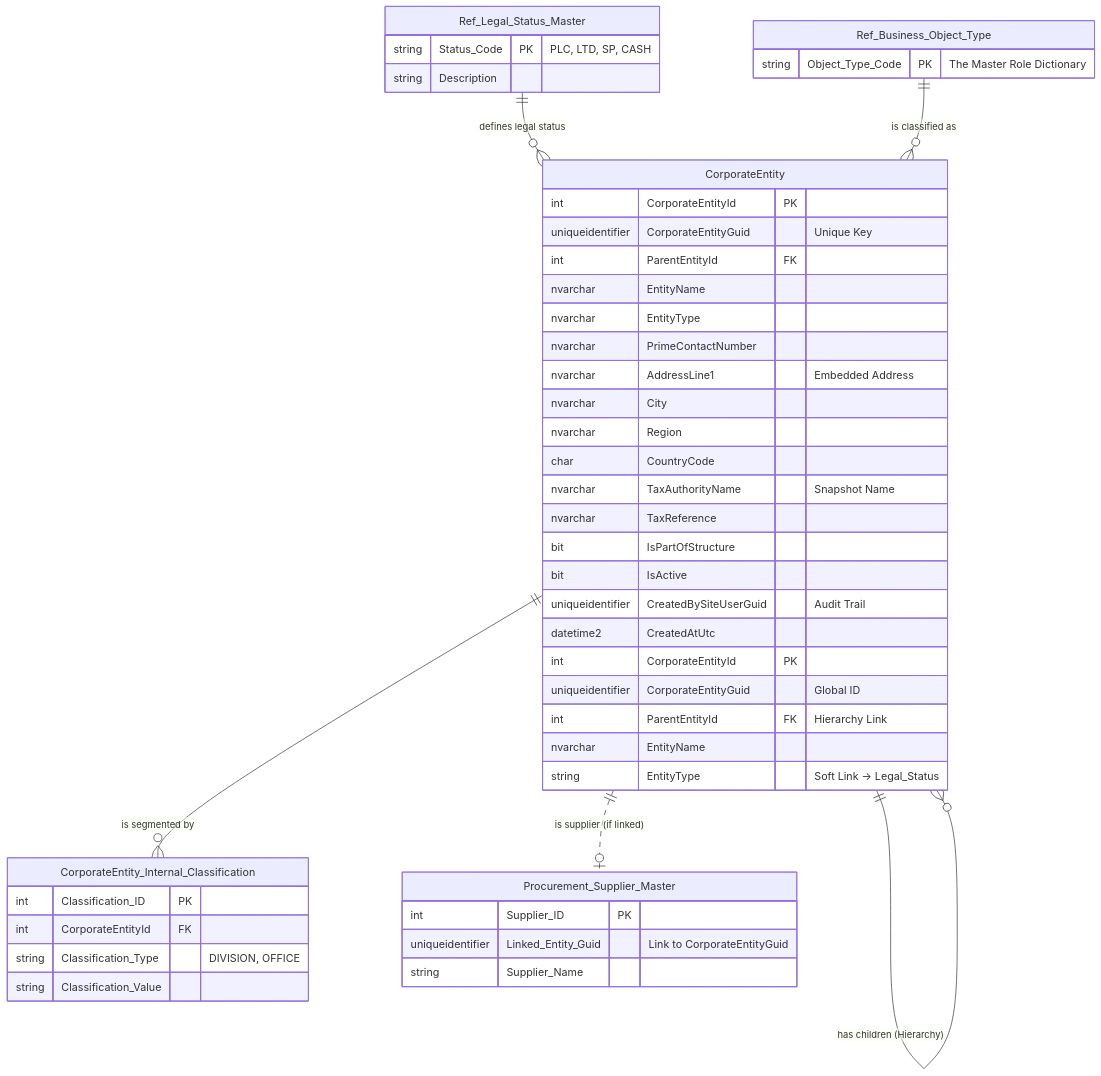
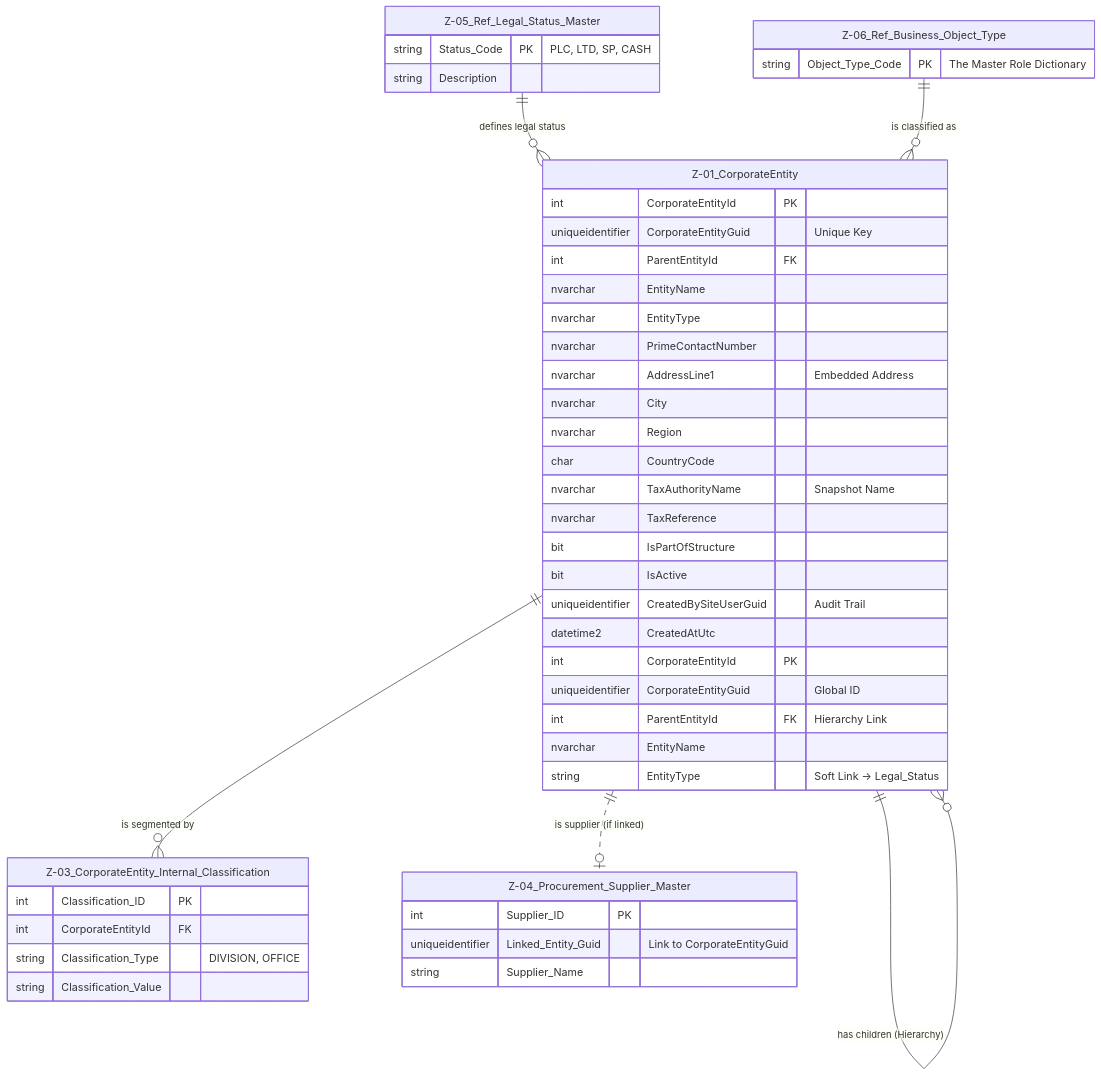
The diagram in 003 DETAILED SPECIFICATIONS IS09001/Z- Data Entites/Z-01 CorporateEntity.md (NeilWP/SUSTINA_CAB), drawn with Mermaid before and after one commit. The commit also changed 4 other files, not shown here.

````diff
--- a/003 DETAILED SPECIFICATIONS IS09001/Z- Data Entites/Z-01 CorporateEntity.md
+++ b/003 DETAILED SPECIFICATIONS IS09001/Z- Data Entites/Z-01 CorporateEntity.md
@@ -12,82 +12,81 @@
 ```mermaid
 erDiagram
     %% =======================================================
     %% THE CORE BUSINESS OBJECT
     %% =======================================================
-    CorporateEntity {
+    Z-01_CorporateEntity {
         int CorporateEntityId PK
         uniqueidentifier CorporateEntityGuid "Unique Key"
         int ParentEntityId FK
         nvarchar EntityName
         nvarchar EntityType
         nvarchar PrimeContactNumber
         nvarchar AddressLine1 "Embedded Address"
         nvarchar City
         nvarchar Region
         char CountryCode
         nvarchar TaxAuthorityName "Snapshot Name"
         nvarchar TaxReference
         bit IsPartOfStructure
         bit IsActive
         uniqueidentifier CreatedBySiteUserGuid "Audit Trail"
         datetime2 CreatedAtUtc
     }
 
     %% RELATIONSHIP: Recursive Hierarchy (Parent/Child)
-    %% The 'o{' end indicates that a single Parent (||) can have zero or more (o{) Children.
-    CorporateEntity ||--o{ CorporateEntity : "has children (Hierarchy)"
+    Z-01_CorporateEntity ||--o{ Z-01_CorporateEntity : "has children (Hierarchy)"
 
 
 
     %% =======================================================
     %% 1. THE CORE OBJECT (The Single Source)
     %% =======================================================
-    CorporateEntity {
+    Z-01_CorporateEntity {
         int CorporateEntityId PK
         uniqueidentifier CorporateEntityGuid "Global ID"
         int ParentEntityId FK "Hierarchy Link"
         nvarchar EntityName
         string EntityType "Soft Link -> Legal_Status"
     }
 
     %% =======================================================
     %% 2. NEW CLASSIFICATION STRUCTURES
     %% =======================================================
-    Ref_Legal_Status_Master {
+    Z-05_Ref_Legal_Status_Master {
         string Status_Code PK "PLC, LTD, SP, CASH"
         string Description
     }
 
-    CorporateEntity_Internal_Classification {
+    Z-03_CorporateEntity_Internal_Classification {
         int Classification_ID PK
         int CorporateEntityId FK
         string Classification_Type "DIVISION, OFFICE"
         string Classification_Value
     }
 
-    Ref_Business_Object_Type {
+    Z-06_Ref_Business_Object_Type {
         string Object_Type_Code PK "The Master Role Dictionary"
     }
     
-    Procurement_Supplier_Master {
+    Z-04_Procurement_Supplier_Master {
         int Supplier_ID PK
         uniqueidentifier Linked_Entity_Guid "Link to CorporateEntityGuid"
         string Supplier_Name
     }
 
     %% =======================================================
     %% RELATIONSHIPS (LOGICAL SOFT LINKS)
     %% =======================================================
 
     %% A. Internal Hierarchy & Segmentation
-    CorporateEntity ||--o{ CorporateEntity : "has children (Hierarchy)"
-    CorporateEntity ||--o{ CorporateEntity_Internal_Classification : "is segmented by"
+    Z-01_CorporateEntity ||--o{ Z-01_CorporateEntity : "has children (Hierarchy)"
+    Z-01_CorporateEntity ||--o{ Z-03_CorporateEntity_Internal_Classification : "is segmented by"
 
     %% B. External Identity & Legal Status
-    Ref_Legal_Status_Master ||--o{ CorporateEntity : "defines legal status"
-    Ref_Business_Object_Type ||--o{ CorporateEntity : "is classified as"
+    Z-05_Ref_Legal_Status_Master ||--o{ Z-01_CorporateEntity : "defines legal status"
+    Z-06_Ref_Business_Object_Type ||--o{ Z-01_CorporateEntity : "is classified as"
 
     %% C. Role Overlap (Supplier/Client)
     %% An entity becomes a supplier when linked in this table
-    CorporateEntity ||..o| Procurement_Supplier_Master : "is supplier (if linked)"
+    Z-01_CorporateEntity ||..o| Z-04_Procurement_Supplier_Master : "is supplier (if linked)"
 ```
````
